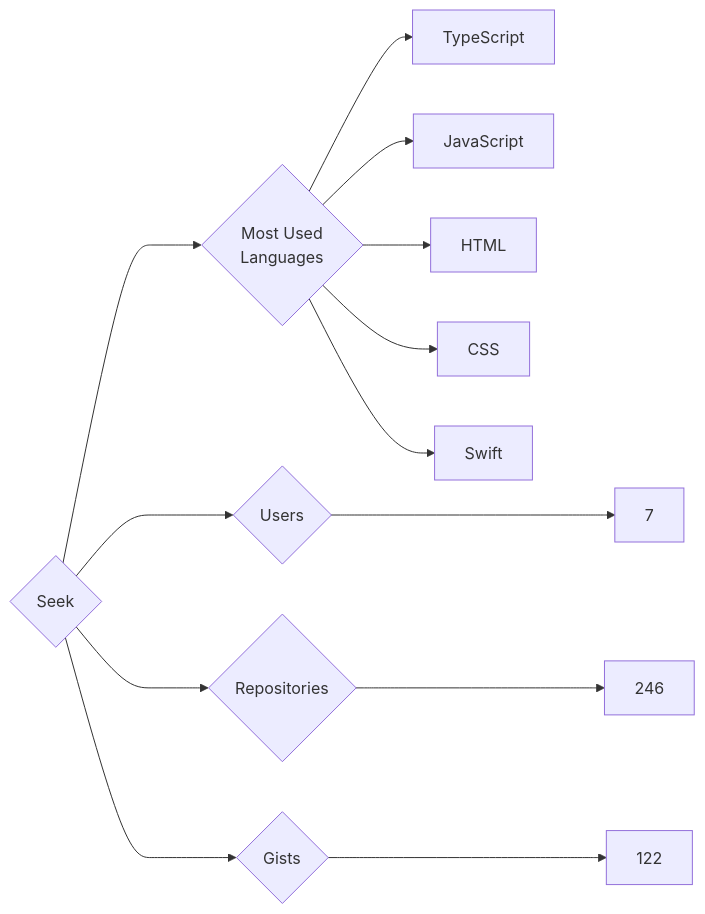
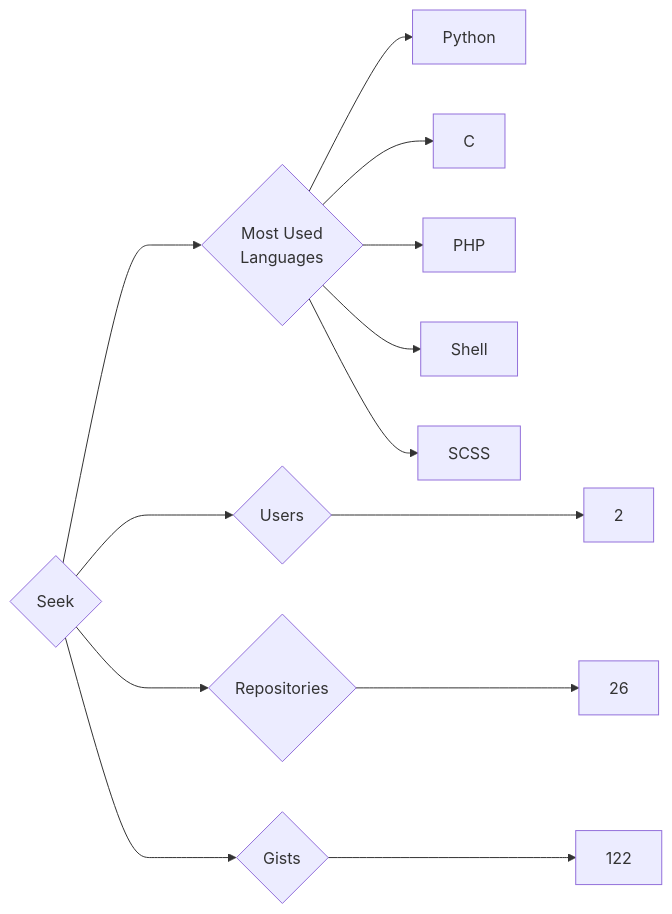
The diagram in targets/Seek/README.md (trickest/insiders), drawn with Mermaid before and after one commit. The commit also changed 948 other files, not shown here.

````diff
--- a/targets/Seek/README.md
+++ b/targets/Seek/README.md
@@ -3,13 +3,13 @@
 ```mermaid
 graph LR
 COMPANY_NAME{Seek}
-COMPANY_NAME ---> U{Users} ---> UN[7]
-COMPANY_NAME ---> R{Repositories} ---> RN[246]
+COMPANY_NAME ---> U{Users} ---> UN[2]
+COMPANY_NAME ---> R{Repositories} ---> RN[26]
 COMPANY_NAME ---> G{Gists} ---> GN[122]
 COMPANY_NAME ---> ML{Most Used<br>Languages}
-ML --> TypeScript[TypeScript]
-ML --> JavaScript[JavaScript]
-ML --> HTML[HTML]
-ML --> CSS[CSS]
-ML --> Swift[Swift]
+ML --> Python[Python]
+ML --> C[C]
+ML --> PHP[PHP]
+ML --> Shell[Shell]
+ML --> SCSS[SCSS]
 ```
````
